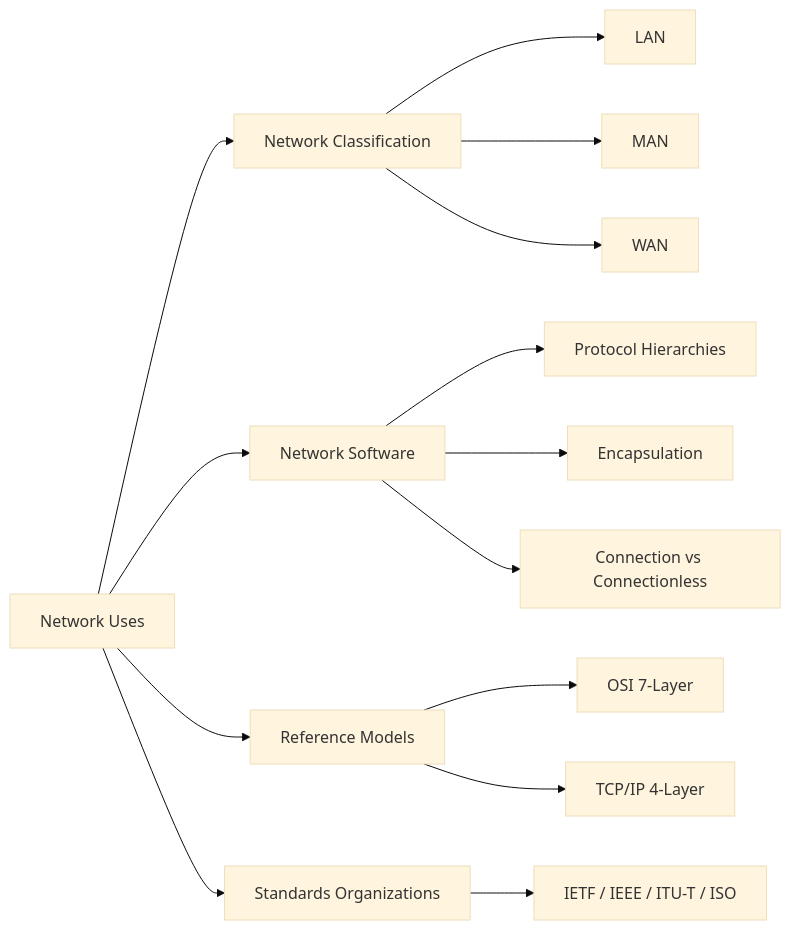
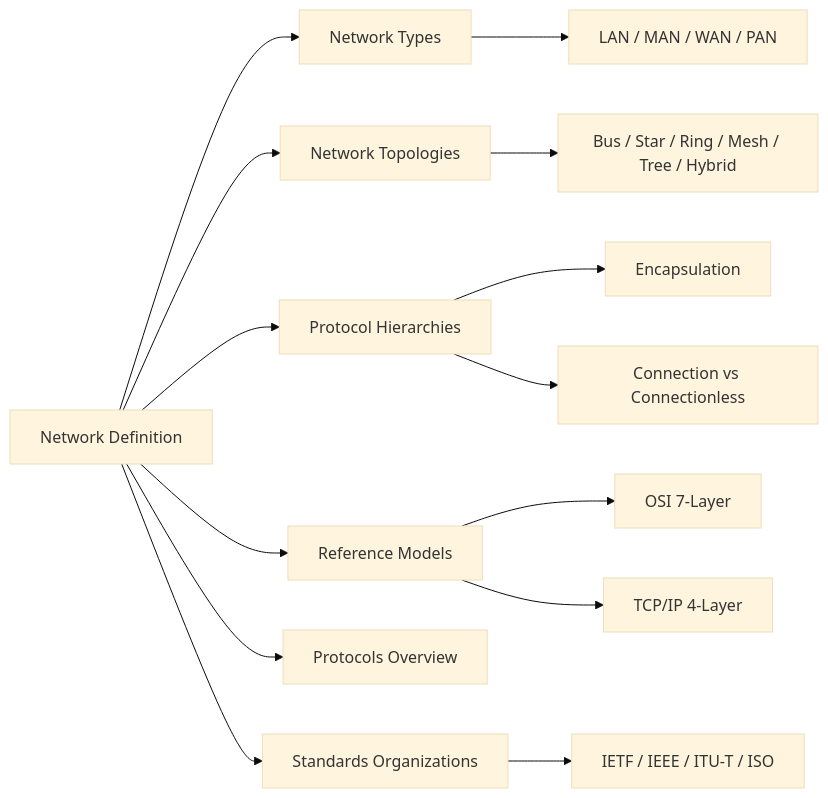
One commit to Raushan666java/ai-engineering-journey changed the diagram in docs/courses/computer-networks/01-introduction.md. Above: the diagram before and after it, drawn with Mermaid (base theme). The commit also changed other lines of this file and 17 other files, not shown here.

````diff
--- a/docs/courses/computer-networks/01-introduction.md
+++ b/docs/courses/computer-networks/01-introduction.md
@@ -28,16 +29,16 @@
 ```mermaid
 flowchart LR
-    A[Network Uses] --> B[Network Classification]
-    B --> C[LAN]
-    B --> D[MAN]
-    B --> E[WAN]
-    A --> F[Network Software]
-    F --> G[Protocol Hierarchies]
-    F --> H[Encapsulation]
-    F --> I[Connection vs Connectionless]
-    A --> J[Reference Models]
-    J --> K[OSI 7-Layer]
-    J --> L[TCP/IP 4-Layer]
+    A[Network Definition] --> B[Network Types]
+    B --> C[LAN / MAN / WAN / PAN]
+    A --> D[Network Topologies]
+    D --> E[Bus / Star / Ring / Mesh / Tree / Hybrid]
+    A --> F[Protocol Hierarchies]
+    F --> G[Encapsulation]
+    F --> H[Connection vs Connectionless]
+    A --> I[Reference Models]
+    I --> J[OSI 7-Layer]
+    I --> K[TCP/IP 4-Layer]
+    A --> L[Protocols Overview]
     A --> M[Standards Organizations]
     M --> N[IETF / IEEE / ITU-T / ISO]
 ```
````
